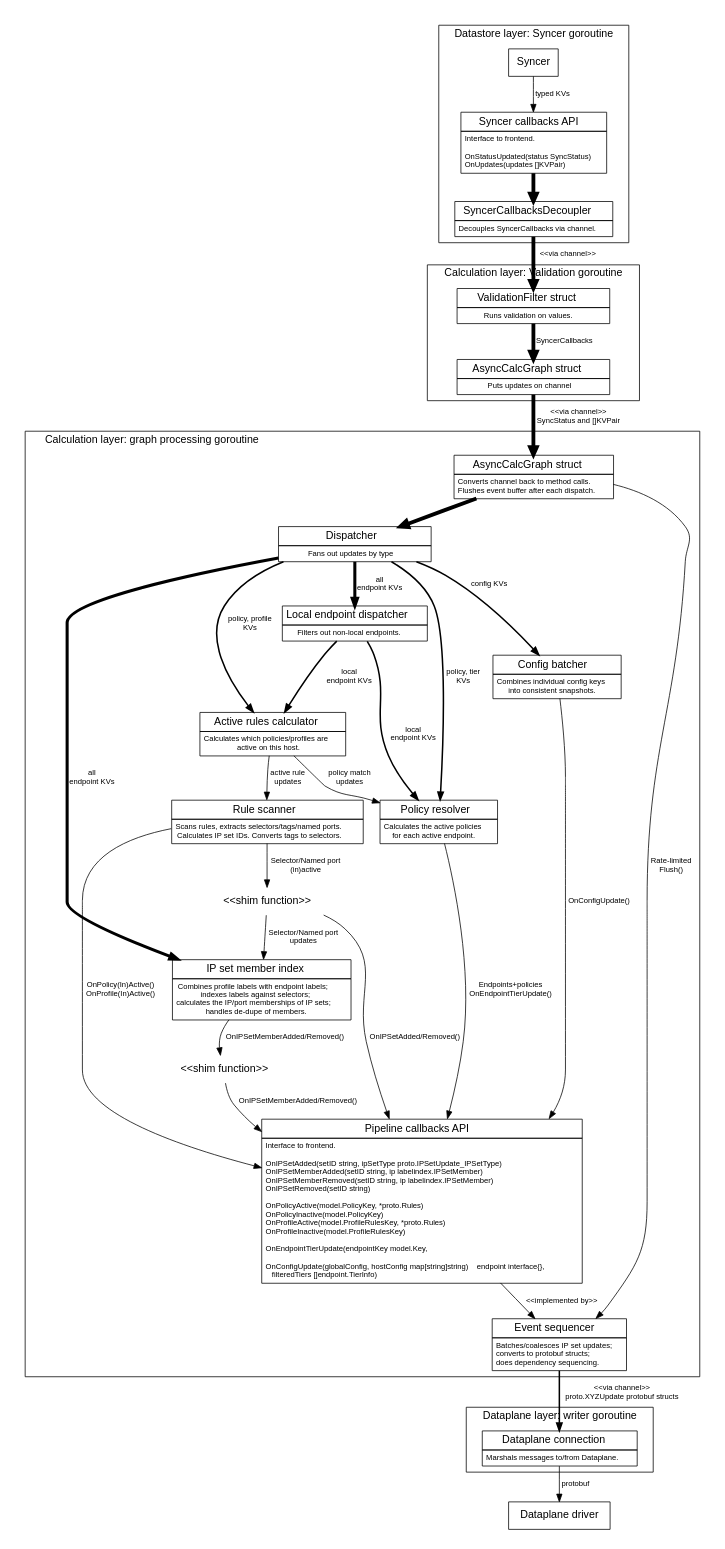
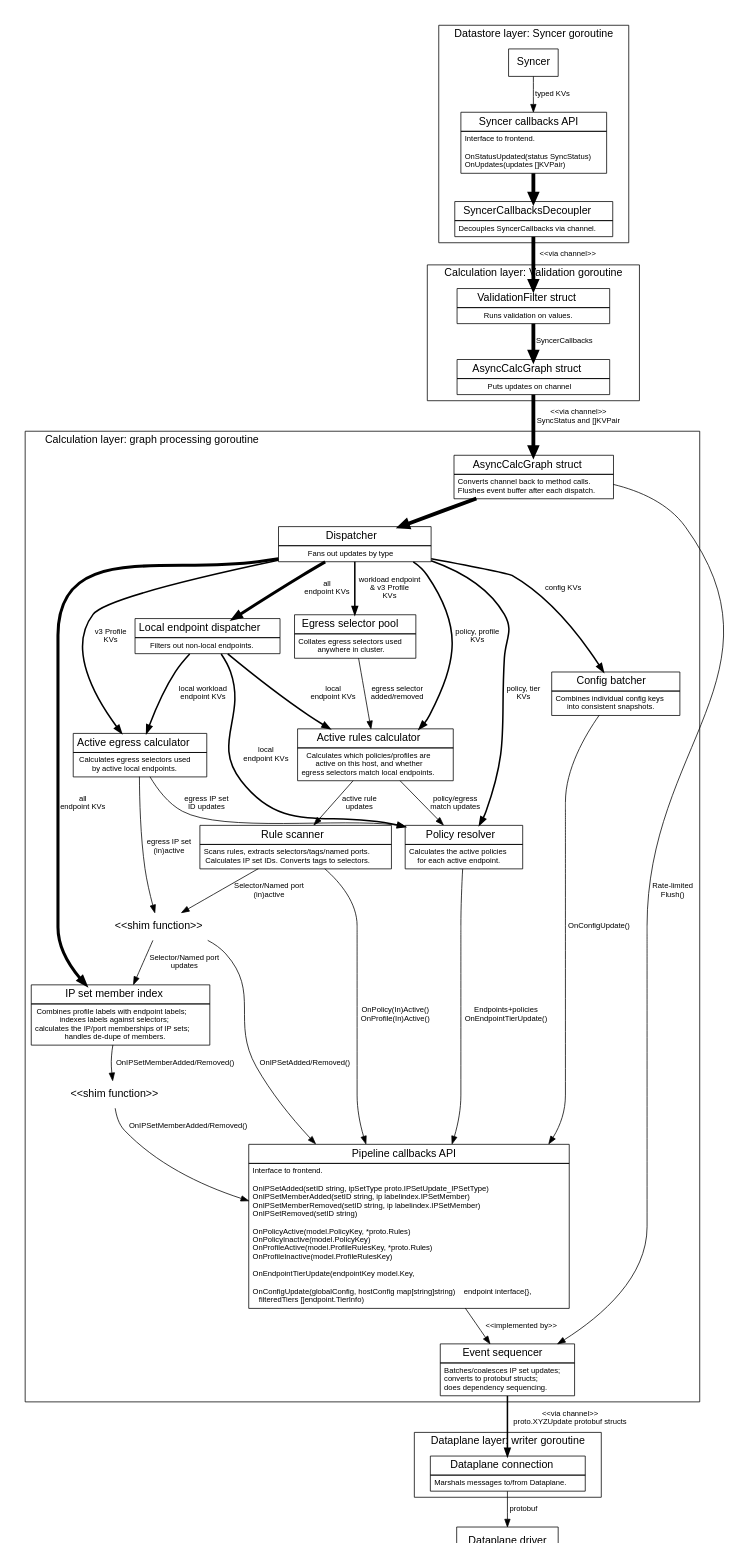
The diagram in docs/calc.dot (dimitri-nicolo/calico), drawn with Graphviz before and after one commit.

Commit message:
Add egress IP components to calc graph diagram

```diff
--- a/docs/calc.dot
+++ b/docs/calc.dot
@@ -1,174 +1,190 @@
 digraph G {
 size="7.5,10"
 labeljust="l"
 fontname=Helvetica;
 node [fontname=Helvetica]
 edge [fontname=Helvetica,fontsize=10]
 
     subgraph cluster0 {
     label="Datastore layer: Syncer goroutine";
 
         Syncer [shape=box]
 
         Syncer -> SyncerCallbacks [label="typed KVs"]
 
         SyncerCallbacks [label=<<table BORDER="0" CELLBORDER="1" CELLSPACING="0" CELLPADDING="4">
           <tr><td><font point-size="14">Syncer callbacks API</font></td></tr>
           <tr><td align="left"><font point-size="10">Interface to frontend.<BR ALIGN="LEFT"/>
 <BR ALIGN="LEFT"/>
 OnStatusUpdated(status SyncStatus)<BR ALIGN="LEFT"/>
 OnUpdates(updates []KVPair)<BR ALIGN="LEFT"/>
 </font></td></tr>
         </table>>, shape=none, margin=0];
 
         SyncerCallbacks -> SyncerCallbacksDecoupler [penwidth=5];
 
         SyncerCallbacksDecoupler [label=<<table BORDER="0" CELLBORDER="1" CELLSPACING="0" CELLPADDING="4">
           <tr><td><font point-size="14">SyncerCallbacksDecoupler</font></td></tr>
           <tr><td><font point-size="10">Decouples SyncerCallbacks via channel.</font></td></tr>
         </table>>, shape=none, margin=0];
     }
 
     subgraph cluster1 {
     label="Calculation layer: Validation goroutine";
         SyncerCallbacksDecoupler -> ValidationFilter [label="<<via channel>>" penwidth=5];
         ValidationFilter [label=<<table BORDER="0" CELLBORDER="1" CELLSPACING="0" CELLPADDING="4">
           <tr><td WIDTH="200"><font point-size="14" >ValidationFilter struct</font></td></tr>
           <tr><td><font point-size="10">Runs validation on values.</font></td></tr>
         </table>>, shape=none, margin=0]
         ValidationFilter -> AsyncCalcGraph [label="SyncerCallbacks", penwidth=5]
     }
 
     AsyncCalcGraph [label=<<table BORDER="0" CELLBORDER="1" CELLSPACING="0" CELLPADDING="4">
       <tr><td WIDTH="200"><font point-size="14" >AsyncCalcGraph struct</font></td></tr>
       <tr><td><font point-size="10">Puts updates on channel</font></td></tr>
     </table>>, shape=none, margin=0]
     AsyncCalcGraph -> AsyncCalcGraph2 [label="<<via channel>>\nSyncStatus and []KVPair", penwidth=5]
 
     subgraph cluster2 {
     label="Calculation layer: graph processing goroutine";
 
         AsyncCalcGraph2 [label=<<table BORDER="0" CELLBORDER="1" CELLSPACING="0" CELLPADDING="4">
           <tr><td WIDTH="200"><font point-size="14" >AsyncCalcGraph struct</font></td></tr>
           <tr><td><font point-size="10">Converts channel back to method calls.<BR ALIGN="LEFT"/>Flushes event buffer after each dispatch.</font></td></tr>
         </table>>, shape=none, margin=0]
         AsyncCalcGraph2 -> Dispatcher [penwidth=5]
         AsyncCalcGraph2 -> EventBuffer [label="Rate-limited\nFlush()"]
 
         subgraph {
             /* Put some padding either side of the Dispatcher. */
             rank=same; nodepadding1; Dispatcher; nodepadding2;
             nodepadding1 [style=invisible,fixedsize=true,width=4]
             nodepadding2 [style=invisible,fixedsize=true,width=4]
             nodepadding1 -> Dispatcher [style=invis];
             Dispatcher -> nodepadding2 [style=invis];
         }
 
         Dispatcher [label=<<table BORDER="0" CELLBORDER="1" CELLSPACING="0" CELLPADDING="4">
           <tr><td WIDTH="200"><font point-size="14" >Dispatcher</font></td></tr>
           <tr><td><font point-size="10">Fans out updates by type</font></td></tr>
         </table>>, shape=none, margin=0]
         Dispatcher -> PolicyResolver [label="policy, tier\nKVs", penwidth=2]
         Dispatcher -> ActiveRulesCalc [label="policy, profile\nKVs", penwidth=2]
+        Dispatcher -> ActiveEgressCalc [label="v3 Profile\nKVs", penwidth=2]
+        Dispatcher -> EgressSelPool [label="workload endpoint\n& v3 Profile\nKVs", penwidth=2]
 
         Dispatcher -> LocalDispatcher [label="all\nendpoint KVs", penwidth=4];
         Dispatcher -> MemberCalc [label="all\nendpoint KVs", penwidth=4];
         Dispatcher -> ConfigBatcher [label="config KVs", penwidth=2];
 
 
         LocalDispatcher [label=<<table BORDER="0" CELLBORDER="1" CELLSPACING="0" CELLPADDING="4">
           <tr><td><font point-size="14">Local endpoint dispatcher</font></td></tr>
           <tr><td><font point-size="10">Filters out non-local endpoints.</font></td></tr>
         </table>>, shape=none, margin=0]
         LocalDispatcher -> ActiveRulesCalc [label="local\nendpoint KVs", penwidth=2];
         LocalDispatcher -> PolicyResolver [label="local\nendpoint KVs", penwidth=2]
+        LocalDispatcher -> ActiveEgressCalc [label="local workload\nendpoint KVs", penwidth=2];
 
         ConfigBatcher [label=<<table BORDER="0" CELLBORDER="1" CELLSPACING="0" CELLPADDING="4">
           <tr><td><font point-size="14">Config batcher</font></td></tr>
           <tr><td><font point-size="10">Combines individual config keys<BR ALIGN="LEFT"
                   />into consistent snapshots.</font></td></tr>
         </table>>, shape=none, margin=0]
         ConfigBatcher -> PipelineCallbacks [label="OnConfigUpdate()"]
 
+        EgressSelPool [label=<<table BORDER="0" CELLBORDER="1" CELLSPACING="0" CELLPADDING="4">
+          <tr><td><font point-size="14">Egress selector pool</font></td></tr>
+          <tr><td><font point-size="10">Collates egress selectors used<br/>anywhere in cluster.</font></td></tr>
+        </table>>, shape=none, margin=0];
+        EgressSelPool -> ActiveRulesCalc [label="egress selector\nadded/removed"];
+
         ActiveRulesCalc [label=<<table BORDER="0" CELLBORDER="1" CELLSPACING="0" CELLPADDING="4">
           <tr><td><font point-size="14">Active rules calculator</font></td></tr>
-          <tr><td><font point-size="10">Calculates which policies/profiles are<br/>active on this host.</font></td></tr>
+          <tr><td><font point-size="10">Calculates which policies/profiles are<br/>active on this host, and whether<br/>egress selectors match local endpoints.</font></td></tr>
         </table>>, shape=none, margin=0];
         ActiveRulesCalc -> RuleScanner [label="active rule\nupdates"];
-        ActiveRulesCalc -> PolicyResolver [label="policy match\nupdates"];
+        ActiveRulesCalc -> PolicyResolver [label="policy/egress\nmatch updates"];
+
+	ActiveEgressCalc [label=<<table BORDER="0" CELLBORDER="1" CELLSPACING="0" CELLPADDING="4">
+          <tr><td><font point-size="14">Active egress calculator</font></td></tr>
+          <tr><td><font point-size="10">Calculates egress selectors used<br/>by active local endpoints.</font></td></tr>
+        </table>>, shape=none, margin=0];
+        ActiveEgressCalc -> RuleScannerShim [label="egress IP set\n(in)active"];
+        ActiveEgressCalc -> PolicyResolver [label="egress IP set\nID updates"];
 
         "<<shim function>>" [shape=none]
 
         RuleScanner [label=<<table BORDER="0" CELLBORDER="1" CELLSPACING="0" CELLPADDING="4">
           <tr><td><font point-size="14">Rule scanner</font></td></tr>
           <tr><td><font point-size="10">Scans rules, extracts selectors/tags/named ports.<br/>Calculates IP set IDs. Converts tags to selectors.</font></td></tr>
         </table>>, shape=none, margin=0];
 
         PolicyResolver [label=<<table BORDER="0" CELLBORDER="1" CELLSPACING="0" CELLPADDING="4">
           <tr><td><font point-size="14">Policy resolver</font></td></tr>
           <tr><td><font point-size="10">Calculates the active policies<br/>for each active endpoint.</font></td></tr>
         </table>>, shape=none, margin=0];
 
 
         MemberCalc [label=<<table BORDER="0" CELLBORDER="1" CELLSPACING="0" CELLPADDING="4">
           <tr><td><font point-size="14">IP set member index</font></td></tr>
           <tr><td><font point-size="10">Combines profile labels with endpoint labels;<br/>indexes labels against selectors;<br/>calculates the IP/port memberships of IP sets;<br/>handles de-dupe of members.</font></td></tr>
         </table>>, shape=none, margin=0];
 
 
         RuleScanner -> PipelineCallbacks [label="OnPolicy(In)Active()\nOnProfile(In)Active()"];
 
         RuleScannerShim [label="<<shim function>>", shape=none]
 
         RuleScanner -> RuleScannerShim [label="Selector/Named port\n(in)active"];
 
         RuleScannerShim -> MemberCalc [label="Selector/Named port\nupdates"]
         RuleScannerShim -> PipelineCallbacks [label="OnIPSetAdded/Removed()"];
 
         MemberCalc -> "<<shim function>>" [label="OnIPSetMemberAdded/Removed()"];
         "<<shim function>>" -> PipelineCallbacks [label="OnIPSetMemberAdded/Removed()"];
         PolicyResolver -> PipelineCallbacks [label="Endpoints+policies\nOnEndpointTierUpdate()"];
 
         PipelineCallbacks [label=<<table BORDER="0" CELLBORDER="1" CELLSPACING="0" CELLPADDING="4">
           <tr><td><font point-size="14">Pipeline callbacks API</font></td></tr>
           <tr><td align="left"><font point-size="10">Interface to frontend.<BR ALIGN="LEFT"/>
 <BR ALIGN="LEFT"/>
 OnIPSetAdded(setID string, ipSetType proto.IPSetUpdate_IPSetType)<BR ALIGN="LEFT"/>
 OnIPSetMemberAdded(setID string, ip labelindex.IPSetMember)<BR ALIGN="LEFT"/>
 OnIPSetMemberRemoved(setID string, ip labelindex.IPSetMember)<BR ALIGN="LEFT"/>
 OnIPSetRemoved(setID string)<BR ALIGN="LEFT"/>
 <BR ALIGN="LEFT"/>
 OnPolicyActive(model.PolicyKey, *proto.Rules)<BR ALIGN="LEFT"/>
 OnPolicyInactive(model.PolicyKey)<BR ALIGN="LEFT"/>
 OnProfileActive(model.ProfileRulesKey, *proto.Rules)<BR ALIGN="LEFT"/>
 OnProfileInactive(model.ProfileRulesKey)<BR ALIGN="LEFT"/>
 <BR ALIGN="LEFT"/>
 OnEndpointTierUpdate(endpointKey model.Key,<BR ALIGN="LEFT"/>
 <BR ALIGN="LEFT"/>
 OnConfigUpdate(globalConfig, hostConfig map[string]string)
     endpoint interface{},<BR ALIGN="LEFT"/>
     filteredTiers []endpoint.TierInfo)<BR ALIGN="LEFT"/>
 </font></td></tr>
         </table>>, shape=none, margin=0];
 
         PipelineCallbacks -> EventBuffer [label="<<implemented by>>"]
 
         EventBuffer [label=<<table BORDER="0" CELLBORDER="1" CELLSPACING="0" CELLPADDING="4">
           <tr><td><font point-size="14">Event sequencer</font></td></tr>
           <tr><td><font point-size="10">Batches/coalesces IP set updates;<BR ALIGN="LEFT"/>converts to protobuf structs;<BR ALIGN="LEFT"/>does dependency sequencing.<BR ALIGN="LEFT"/></font></td></tr>
         </table>>, shape=none, margin=0];
     }
 
     subgraph cluster3 {
     label="Dataplane layer: writer goroutine";
         DataplaneConnection [label=<<table BORDER="0" CELLBORDER="1" CELLSPACING="0" CELLPADDING="4">
           <tr><td><font point-size="14">Dataplane connection</font></td></tr>
           <tr><td><font point-size="10">Marshals messages to/from Dataplane.</font></td></tr>
         </table>>, shape=none, margin=0];
     }
 
 
     EventBuffer -> DataplaneConnection [label="<<via channel>>\nproto.XYZUpdate protobuf structs", penwidth=2]
     DataplaneConnection -> Dataplane [label="protobuf"];
     Dataplane [shape=box, label="Dataplane driver"];
 }
```
